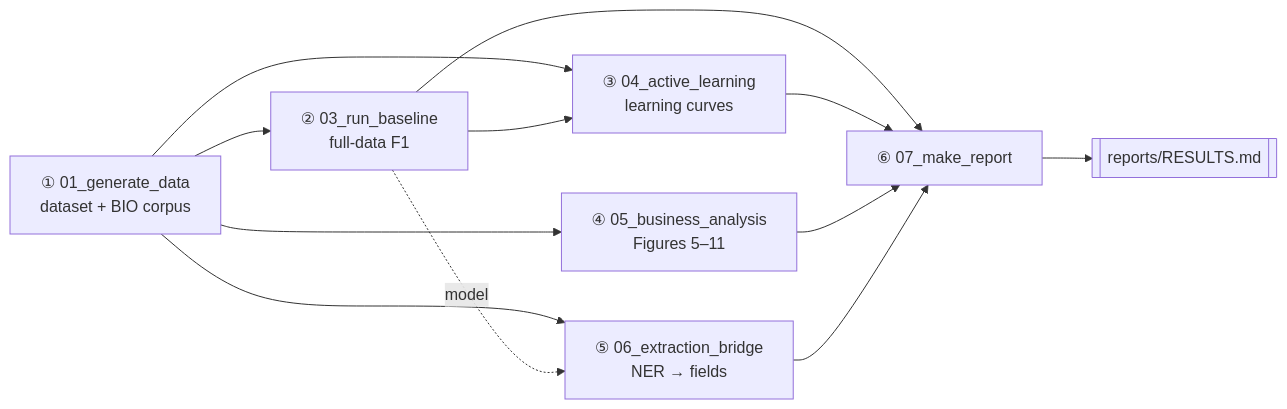
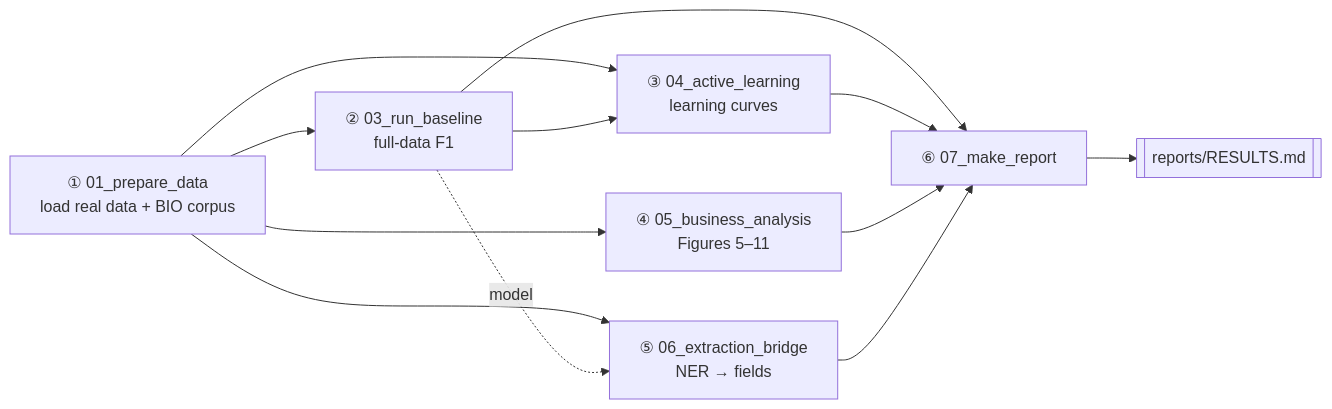
Before and after one commit to ismatsamadov/active_learning: the third of 5 diagrams in README.md, drawn with Mermaid. The commit also changed other lines of this file and 23 other files, not shown here.

````diff
--- a/README.md
+++ b/README.md
@@ -171,14 +171,14 @@
 ```mermaid
 flowchart LR
-    S01["① 01_generate_data<br/>dataset + BIO corpus"] --> S03["② 03_run_baseline<br/>full-data F1"]
+    S01["① 01_prepare_data<br/>load real data + BIO corpus"] --> S03["② 03_run_baseline<br/>full-data F1"]
     S01 --> S04["③ 04_active_learning<br/>learning curves"]
     S03 --> S04
     S01 --> S05["④ 05_business_analysis<br/>Figures 5–11"]
     S01 --> S06["⑤ 06_extraction_bridge<br/>NER → fields"]
     S03 -. model .-> S06
     S03 --> S07["⑥ 07_make_report"]
     S04 --> S07
     S05 --> S07
     S06 --> S07
     S07 --> R[["reports/RESULTS.md"]]
 ```
````
